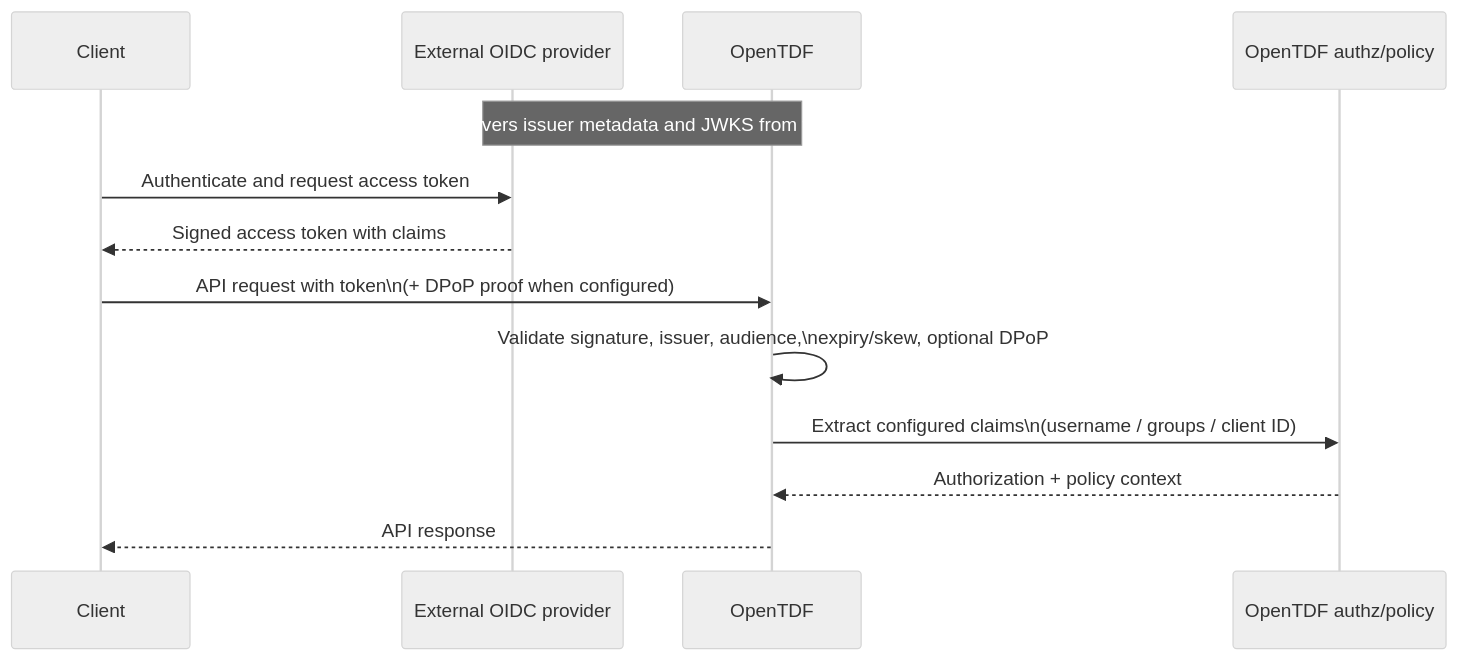
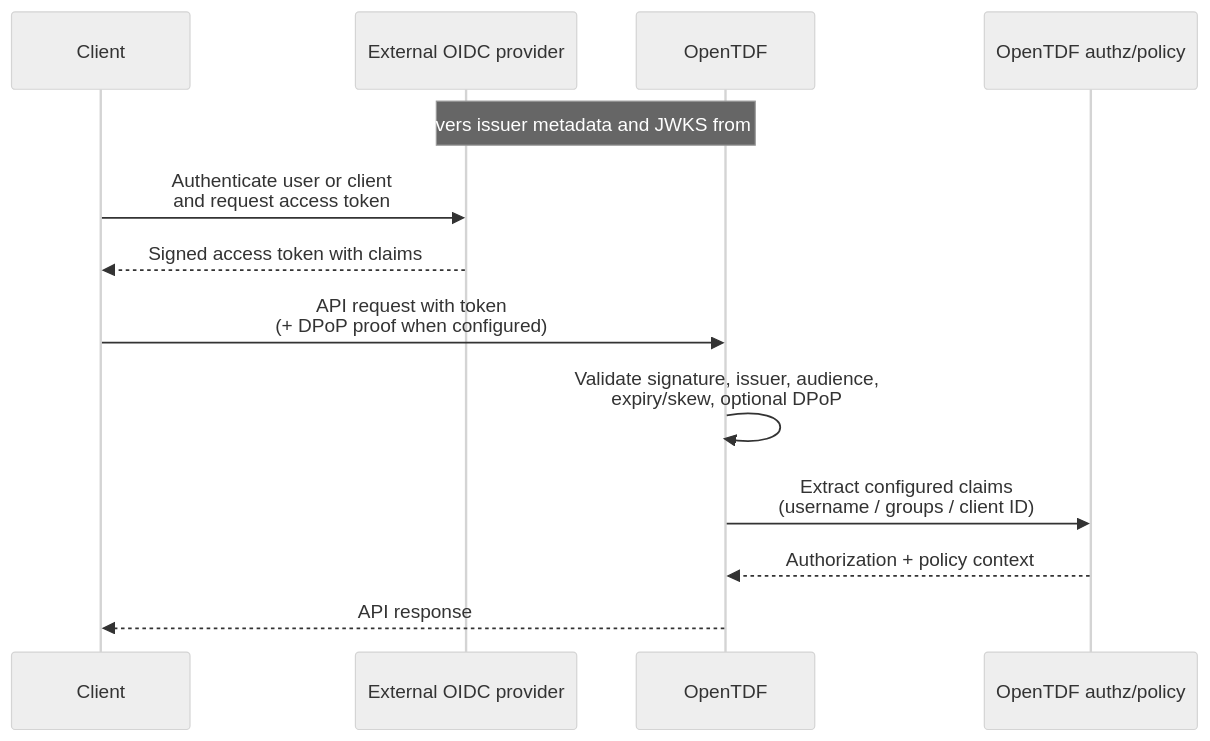
Before and after one commit to opentdf/platform: the diagram in docs/OIDC.md, drawn with Mermaid (neutral theme). The commit also changed other lines of this file and 2 other files, not shown here.

````diff
--- a/docs/OIDC.md
+++ b/docs/OIDC.md
@@ -77,16 +77,16 @@
 ```mermaid
 sequenceDiagram
     participant Client
     participant IdP as External OIDC provider
     participant OpenTDF
     participant Policy as OpenTDF authz/policy
 
     Note over OpenTDF,IdP: OpenTDF discovers issuer metadata and JWKS from the external IdP
-    Client->>IdP: Authenticate and request access token
+    Client->>IdP: Authenticate user or client<br/>and request access token
     IdP-->>Client: Signed access token with claims
-    Client->>OpenTDF: API request with token\n(+ DPoP proof when configured)
-    OpenTDF->>OpenTDF: Validate signature, issuer, audience,\nexpiry/skew, optional DPoP
-    OpenTDF->>Policy: Extract configured claims\n(username / groups / client ID)
+    Client->>OpenTDF: API request with token<br/>(+ DPoP proof when configured)
+    OpenTDF->>OpenTDF: Validate signature, issuer, audience,<br/>expiry/skew, optional DPoP
+    OpenTDF->>Policy: Extract configured claims<br/>(username / groups / client ID)
     Policy-->>OpenTDF: Authorization + policy context
     OpenTDF-->>Client: API response
 ```
````
